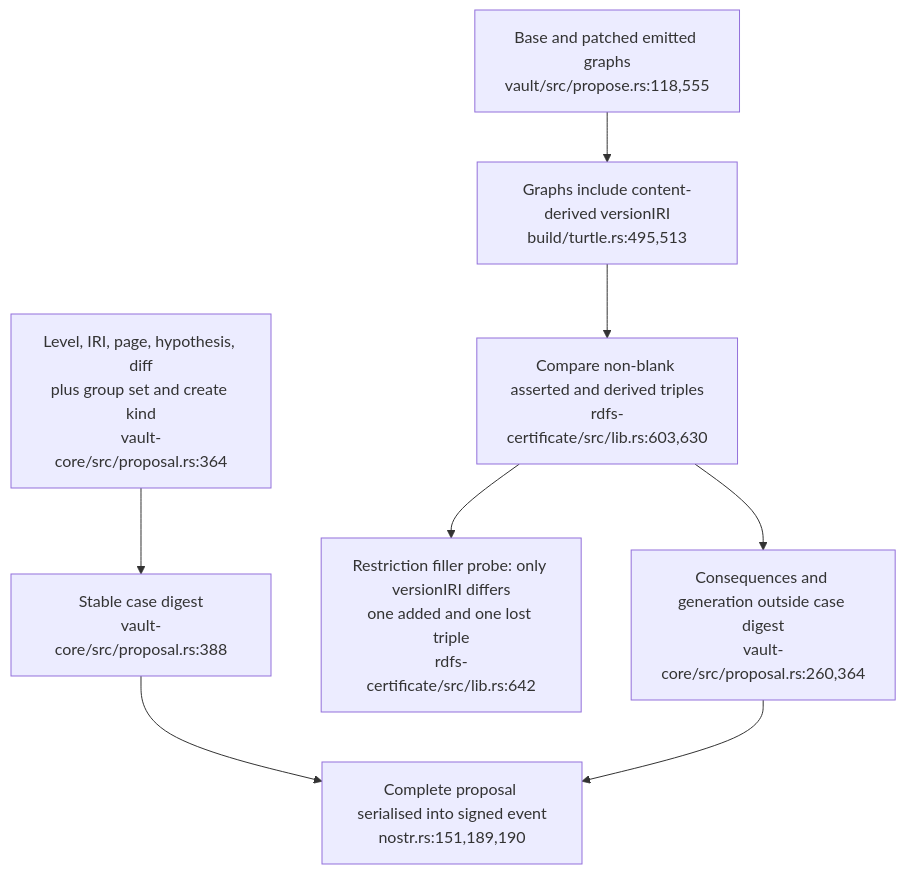
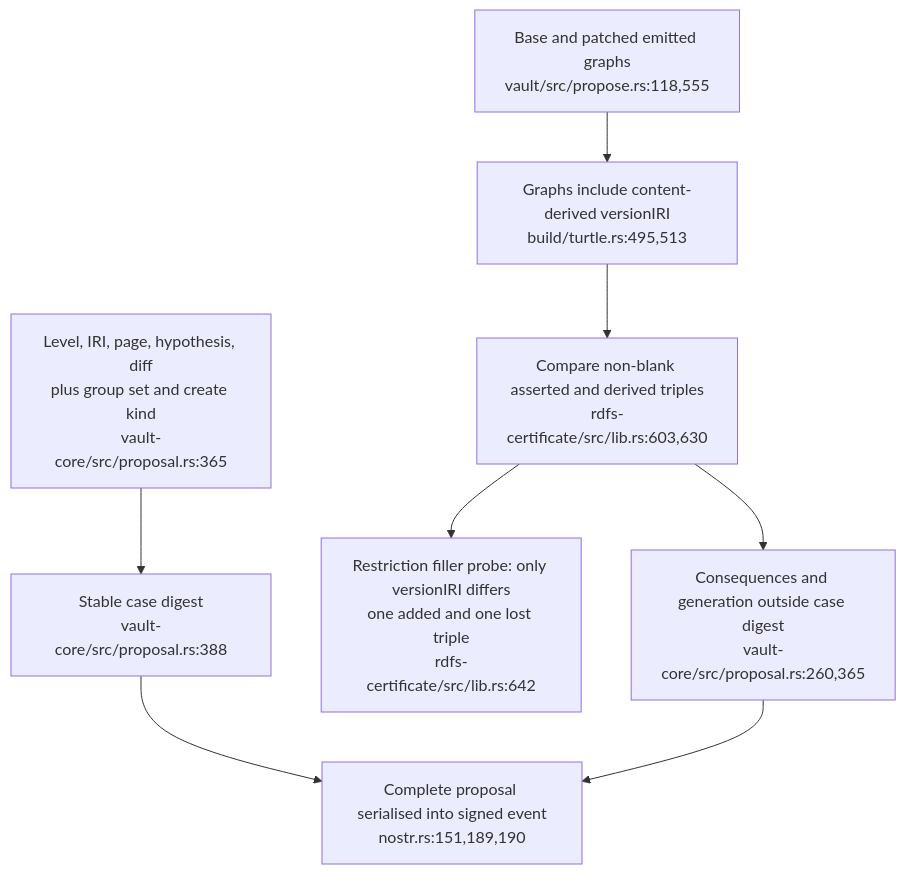
The second of 4 diagrams in docs/diagrams/visionclaw/41-proposal-construction-and-consumer-scope.md (DreamLab-AI/VisionFlow), drawn with Mermaid before and after one commit. The commit also changed other lines of this file and 173 other files, not shown here.

````diff
--- a/docs/diagrams/visionclaw/41-proposal-construction-and-consumer-scope.md
+++ b/docs/diagrams/visionclaw/41-proposal-construction-and-consumer-scope.md
@@ -51,10 +51,10 @@
 ```mermaid
 flowchart TD
-    A["Level, IRI, page, hypothesis, diff<br/>plus group set and create kind<br/>vault-core/src/proposal.rs:364"] --> C["Stable case digest<br/>vault-core/src/proposal.rs:388"]
+    A["Level, IRI, page, hypothesis, diff<br/>plus group set and create kind<br/>vault-core/src/proposal.rs:365"] --> C["Stable case digest<br/>vault-core/src/proposal.rs:388"]
     BASE["Base and patched emitted graphs<br/>vault/src/propose.rs:118,555"] --> V["Graphs include content-derived versionIRI<br/>build/turtle.rs:495,513"]
     V --> R["Compare non-blank asserted and derived triples<br/>rdfs-certificate/src/lib.rs:603,630"]
     R --> META["Restriction filler probe: only versionIRI differs<br/>one added and one lost triple<br/>rdfs-certificate/src/lib.rs:642"]
-    R --> E["Consequences and generation outside case digest<br/>vault-core/src/proposal.rs:260,364"]
+    R --> E["Consequences and generation outside case digest<br/>vault-core/src/proposal.rs:260,365"]
     C --> FULL["Complete proposal serialised into signed event<br/>nostr.rs:151,189,190"]
     E --> FULL
 ```
````
